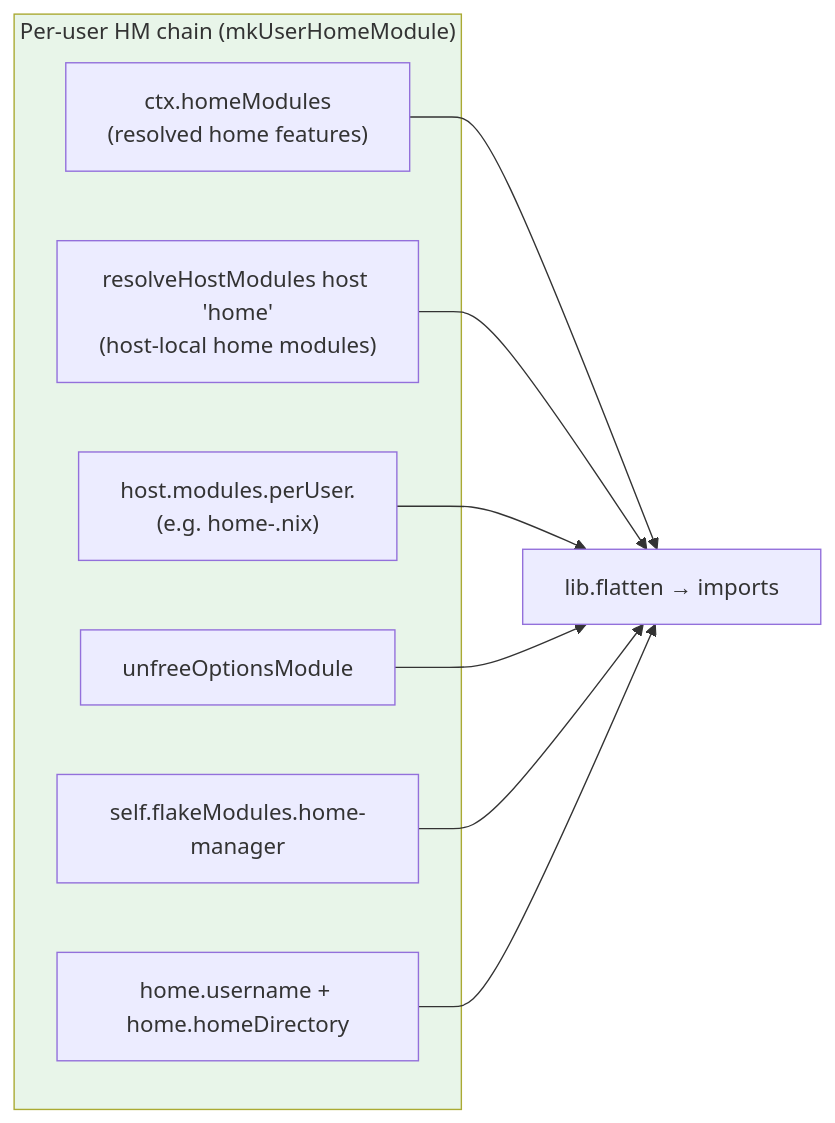
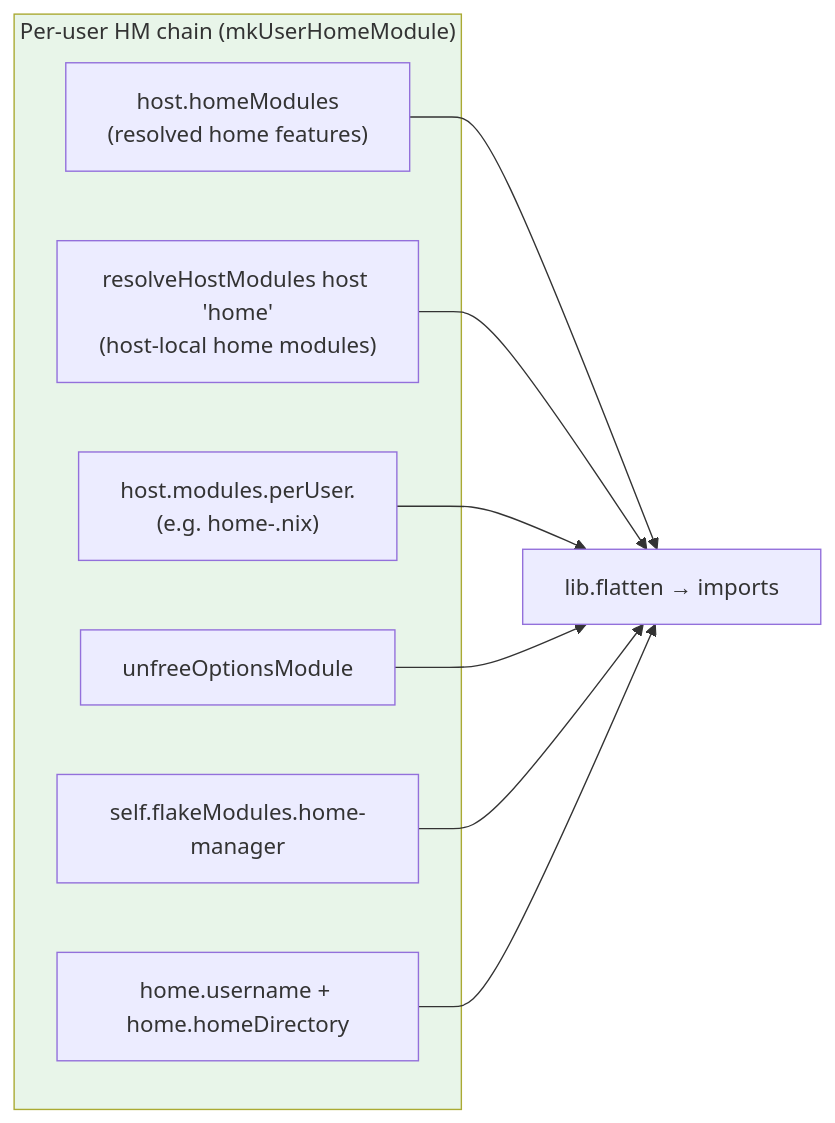
Before and after one commit to WombatFromHell/automatic-palm-tree: the seventh of 8 diagrams in DESIGN.md, drawn with Mermaid. The commit also changed other lines of this file and 19 other files, not shown here.

````diff
--- a/DESIGN.md
+++ b/DESIGN.md
@@ -304,18 +297,18 @@
 ```mermaid
 flowchart LR
     subgraph HM["Per-user HM chain (mkUserHomeModule)"]
-        ctxMod["ctx.homeModules\n(resolved home features)"]
+        homeFeat["host.homeModules\n(resolved home features)"]
         hostMod["resolveHostModules host 'home'\n(host-local home modules)"]
         perUser["host.modules.perUser.<user>\n(e.g. home-<user>.nix)"]
         unfree["unfreeOptionsModule"]
         hmFlakeMod["self.flakeModules.home-manager"]
         defaults["home.username + home.homeDirectory"]
     end
-    ctxMod --> chain["lib.flatten → imports"]
+    homeFeat --> chain["lib.flatten → imports"]
     hostMod --> chain
     perUser --> chain
     unfree --> chain
     hmFlakeMod --> chain
     defaults --> chain
     style HM fill:#e8f5e9
 ```
````
